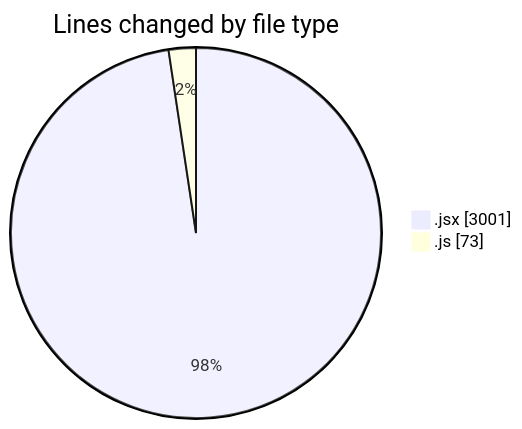
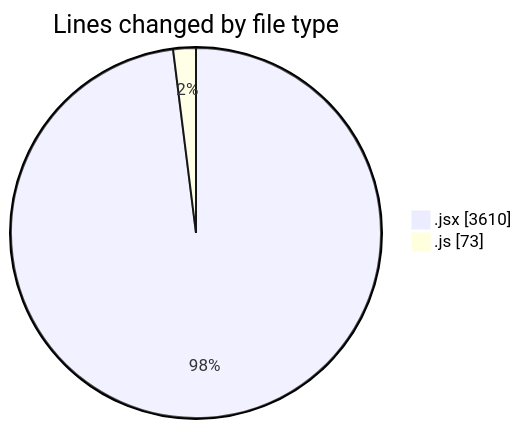
One commit to nxtqubesakshisongat/code-tracking changed the first of 2 diagrams in 2025-12-24/nxtqube_webapp/README.md. Above: the diagram before and after it, drawn with Mermaid. The commit also changed other lines of this file and 1 other file, not shown here.

````diff
--- a/2025-12-24/nxtqube_webapp/README.md
+++ b/2025-12-24/nxtqube_webapp/README.md
@@ -21,6 +22,6 @@
 ```mermaid
 pie showData
 title Lines changed by file type
-".jsx" : 3001
+".jsx" : 3610
 ".js" : 73
 ```
````
